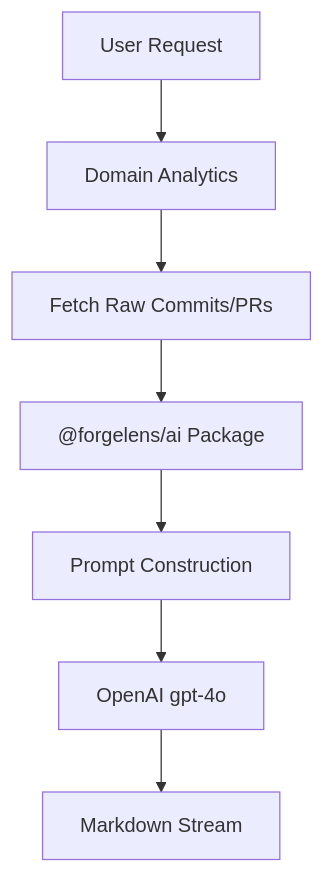
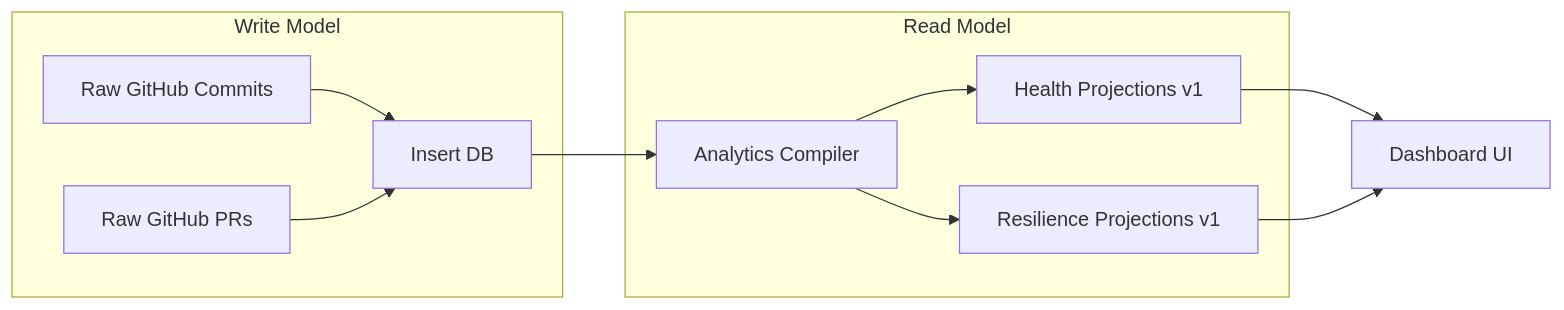
One commit to voidswift/Forge-Lens changed the fourth of 4 diagrams in README.md. Above: the diagram before and after it, drawn with Mermaid. The commit also changed other lines of this file, not shown here.

````diff
--- a/README.md
+++ b/README.md
@@ -325,9 +242,16 @@
 ```mermaid
-graph TD
-    A[User Request] --> B[Domain Analytics]
-    B --> C[Fetch Raw Commits/PRs]
-    C --> D["@forgelens/ai Package"]
-    D --> E[Prompt Construction]
-    E --> F["OpenAI gpt-4o"]
-    F --> G[Markdown Stream]
+graph LR
+    subgraph Write Model
+    A[Raw GitHub Commits] --> B[Insert DB]
+    C[Raw GitHub PRs] --> B
+    end
+    
+    subgraph Read Model
+    B --> D[Analytics Compiler]
+    D --> E[Health Projections v1]
+    D --> F[Resilience Projections v1]
+    end
+    
+    E --> G[Dashboard UI]
+    F --> G
 ```
````
